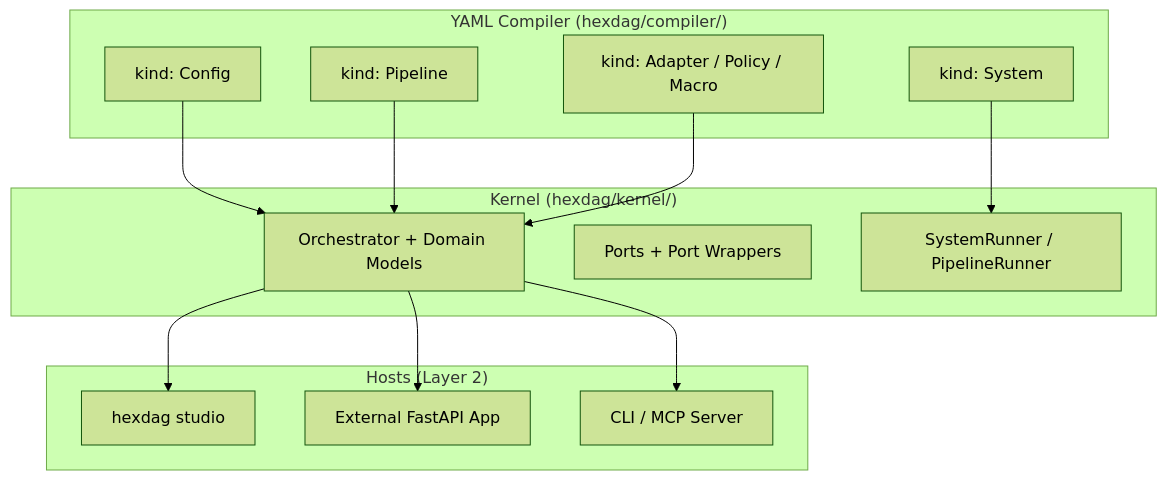
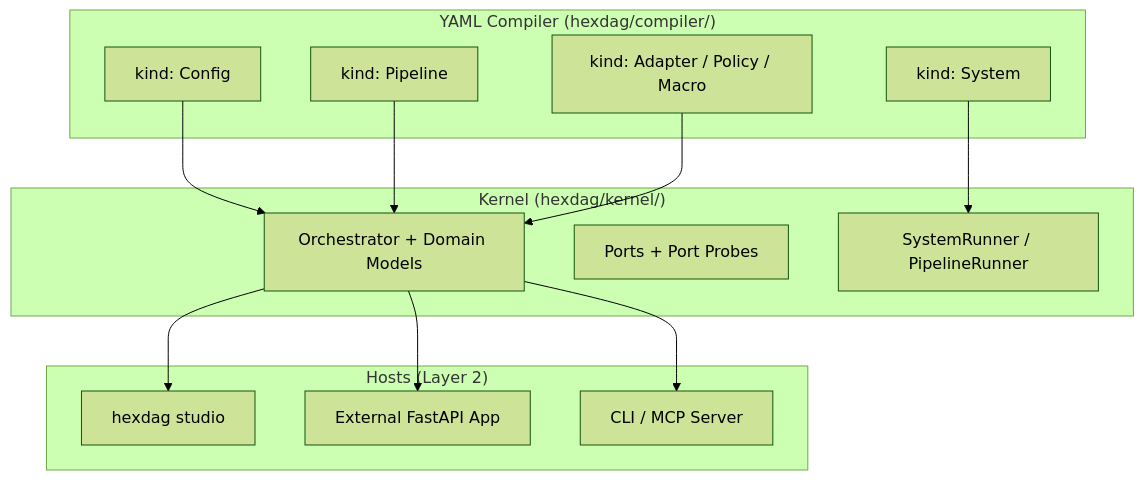
One commit to omniviser/hexDAG changed the diagram in docs/ROADMAP.md. Above: the diagram before and after it, drawn with Mermaid (forest theme). The commit also changed other lines of this file and 31 other files, not shown here.

````diff
--- a/docs/ROADMAP.md
+++ b/docs/ROADMAP.md
@@ -14,29 +14,29 @@
 ```mermaid
 graph TD
     subgraph "YAML Compiler (hexdag/compiler/)"
         A[kind: Config]
         B[kind: Pipeline]
         C[kind: System]
         D[kind: Adapter / Policy / Macro]
     end
 
     subgraph "Kernel (hexdag/kernel/)"
         E[Orchestrator + Domain Models]
-        F[Ports + Port Wrappers]
+        F[Ports + Port Probes]
         G[SystemRunner / PipelineRunner]
     end
 
     subgraph "Hosts (Layer 2)"
         H[hexdag studio]
         I[External FastAPI App]
         J[CLI / MCP Server]
     end
 
     A --> E
     B --> E
     C --> G
     D --> E
     E --> H
     E --> I
     E --> J
 ```
````
